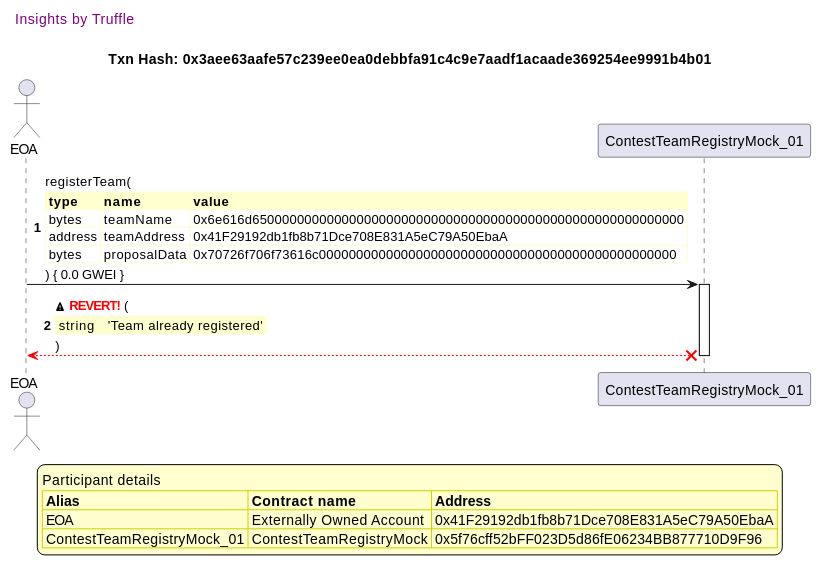
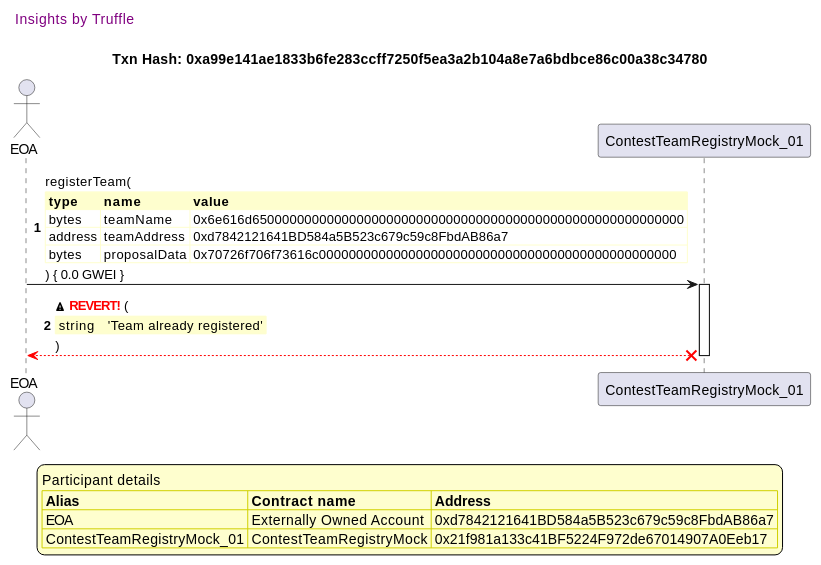
Diagram 15 of 50 in truffle-seq/core_contestteamregistry.md (fodisi/hackapay), drawn with PlantUML before and after one commit. The commit also changed other lines of this file and 10 other files, not shown here.

````diff
--- a/truffle-seq/core_contestteamregistry.md
+++ b/truffle-seq/core_contestteamregistry.md
@@ -694,45 +694,45 @@
 ```plantuml
 
 
 @startuml
 
 autonumber
 skinparam legendBackgroundColor #FEFECE
 
 <style>
       header {
         HorizontalAlignment left
         FontColor purple
         FontSize 14
         Padding 10
       }
     </style>
 
 header Insights by Truffle
 
-title Txn Hash: 0x3aee63aafe57c239ee0ea0debbfa91c4c9e7aadf1acaade369254ee9991b4b01
+title Txn Hash: 0xa99e141ae1833b6fe283ccff7250f5ea3a2b104a8e7a6bdbce86c00a38c34780
 
 
 actor EOA as "EOA"
 participant ContestTeamRegistryMock_01 as "ContestTeamRegistryMock_01"
 
 "EOA" -> "ContestTeamRegistryMock_01" ++: registerTeam(\n\
 <#FEFECE,#FEFECE>|= type |= name |= value |\n\
 | bytes | teamName | 0x6e616d6500000000000000000000000000000000000000000000000000000000 |\n\
-| address | teamAddress | 0x41F29192db1fb8b71Dce708E831A5eC79A50EbaA |\n\
+| address | teamAddress | 0xd7842121641BD584a5B523c679c59c8FbdAB86a7 |\n\
 | bytes | proposalData | 0x70726f706f73616c000000000000000000000000000000000000000000000000 |\n\
 ) { 0.0 GWEI }
 "ContestTeamRegistryMock_01" x-[#red]-> "EOA" --: <&warning> <color #red>**REVERT!**</color> (\n\
 <#FEFECE,#FEFECE>| string |  | 'Team already registered' |\n\
 )
 deactivate "ContestTeamRegistryMock_01"
 
 legend
 Participant details
 <#FEFECE,#D0D000>|= Alias |= Contract name |= Address |
-<#FEFECE>| EOA | Externally Owned Account | 0x41F29192db1fb8b71Dce708E831A5eC79A50EbaA |
-<#FEFECE>| ContestTeamRegistryMock_01 | ContestTeamRegistryMock | 0x5f76cff52bFF023D5d86fE06234BB877710D9F96 |
+<#FEFECE>| EOA | Externally Owned Account | 0xd7842121641BD584a5B523c679c59c8FbdAB86a7 |
+<#FEFECE>| ContestTeamRegistryMock_01 | ContestTeamRegistryMock | 0x21f981a133c41BF5224F972de67014907A0Eeb17 |
 endlegend
 
 @enduml
 ```
````
